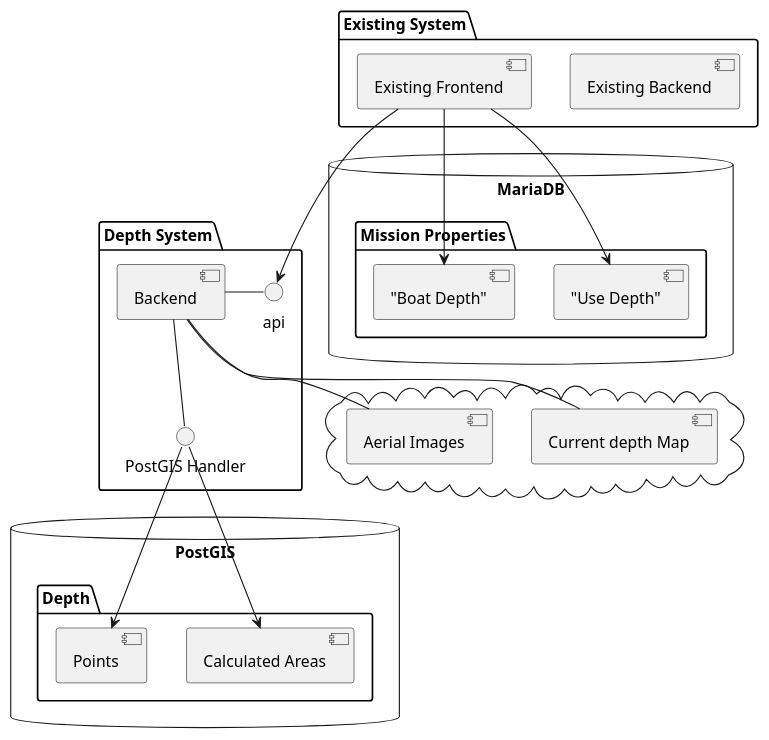
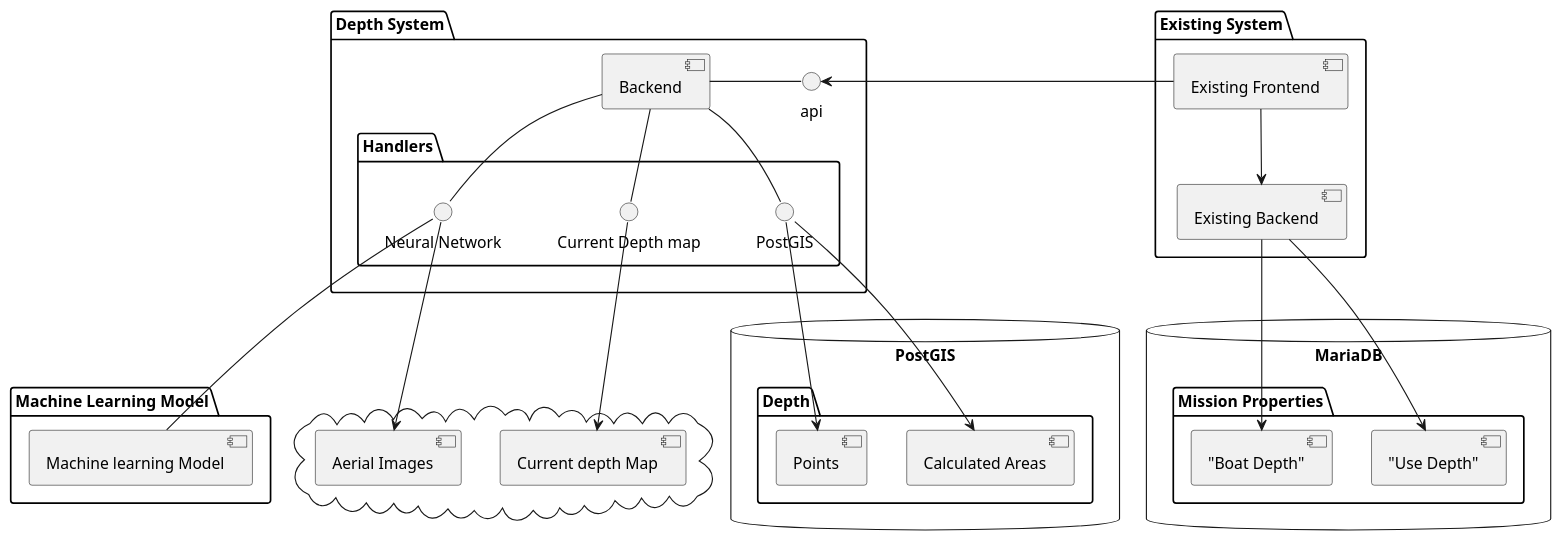
One commit to AlandSailingRobots/AerialImagesToWaterDepth changed the diagram in backend/ExtensionService.puml. Above: the diagram before and after it, drawn with PlantUML. The commit also changed 1 other file, not shown here.

```diff
--- a/backend/ExtensionService.puml
+++ b/backend/ExtensionService.puml
@@ -1,46 +1,58 @@
 @startuml
+skinparam backgroundColor transparent
+package "Existing System" {
+[Existing Frontend] as ef
+[Existing Backend]  as eb
 
-package "Existing System" {
-[Existing Backend]  as eb
-[Existing Frontend] as ef
+}
+package "Machine Learning Model"{
+[Machine learning Model] as mlm
 }
 package "Depth System" {
 [Backend] as b
 () "api" as api
-() "PostGIS Handler" as handler
+folder "Handlers" as handlers{
+() "PostGIS" as postgis_handler
+() "Current Depth map" as depth_handler
+() "Neural Network" as cnn_handler
+}
 
 b -right- api
-b -down- handler
+b -down- postgis_handler
+b -down- depth_handler
+b -down- cnn_handler
 }
 
 database "MariaDB"{
 folder "Mission Properties"{
     ["Use Depth"] as ud
     ["Boat Depth"] as bd
     }
 }
 
 
 
 database "PostGIS" as postgis {
-folder "Depth" as depth {
+folder "Depth" {
 [Calculated Areas] as ca
 [Points] as points
 }
 }
 
 cloud {
 [Current depth Map] as cdm
 [Aerial Images] as aerial
 }
 
 
-ef --> api
-ef --> ud
-ef --> bd
+ef -right-> api
+ef --> eb
+eb --> ud
+eb --> bd
 
-handler --> ca
-b -- aerial
-b -- cdm
-handler --> points
+postgis_handler --> ca
+cnn_handler --> aerial
+depth_handler --> cdm
+postgis_handler --> points
+mlm -up- cnn_handler
 @enduml
```
